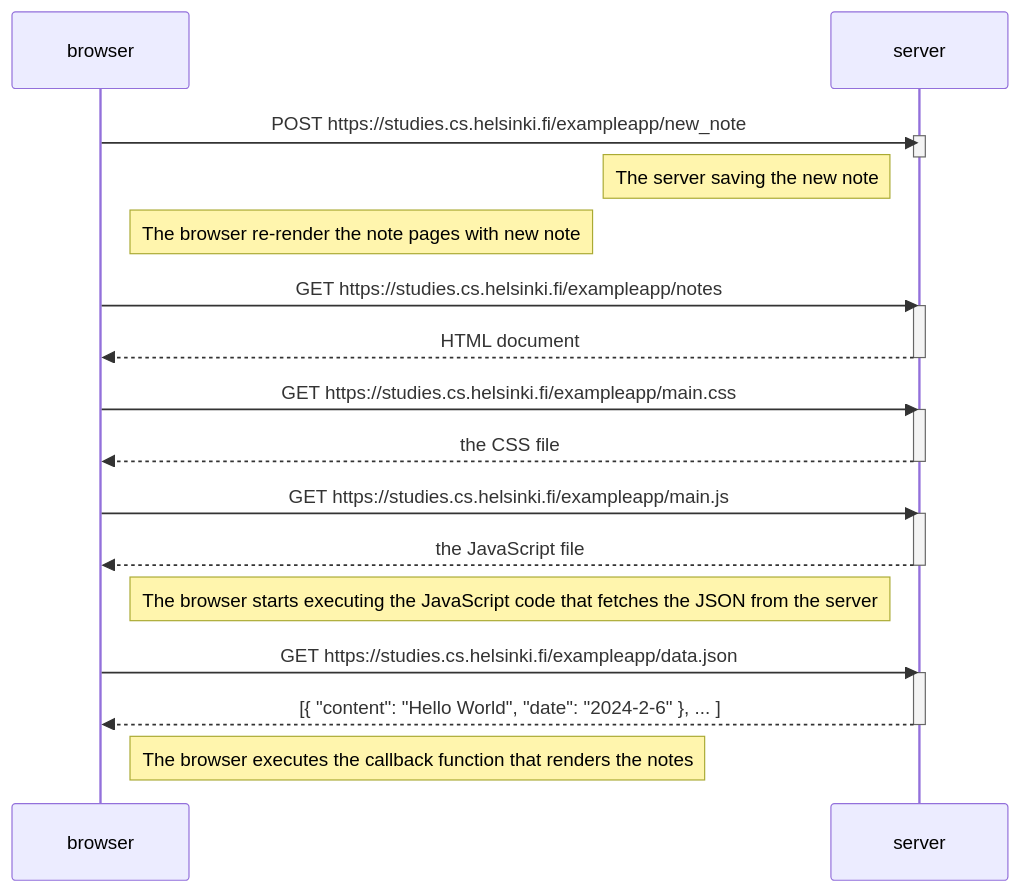
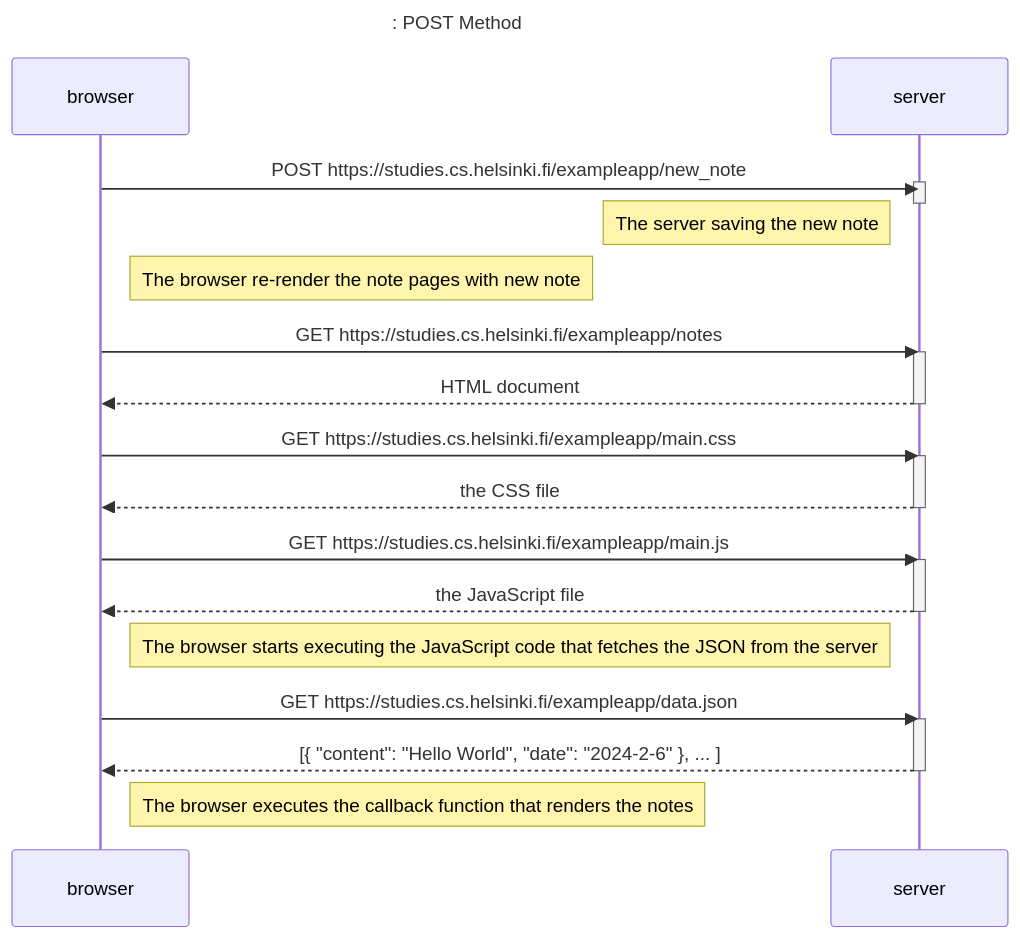
Before and after one commit to achmad-syidiq/fullstackopen2024: the diagram in part0/0.4.md, drawn with Mermaid.

Commit message:
revisi 0.4.md ke -1

````diff
--- a/part0/0.4.md
+++ b/part0/0.4.md
@@ -3,39 +3,39 @@
 ```mermaid
     sequenceDiagram
-       
+            Title : POST Method
             participant browser
             participant server
 
             browser->>server : POST https://studies.cs.helsinki.fi/exampleapp/new_note
             activate server
             deactivate server
             
             Note left of server: The server saving the new note
 
             Note right of browser: The browser re-render the note pages with new note
 
             
             browser->>server: GET https://studies.cs.helsinki.fi/exampleapp/notes
             activate server
             server-->>browser: HTML document
             deactivate server
 
             browser->>server: GET https://studies.cs.helsinki.fi/exampleapp/main.css
             activate server
             server-->>browser: the CSS file
             deactivate server
 
             browser->>server: GET https://studies.cs.helsinki.fi/exampleapp/main.js
             activate server
             server-->>browser: the JavaScript file
             deactivate server
 
             Note right of browser: The browser starts executing the JavaScript code that fetches the JSON from the server
 
             browser->>server: GET https://studies.cs.helsinki.fi/exampleapp/data.json
             activate server
             server-->>browser: [{ "content": "Hello World", "date": "2024-2-6" }, ... ]
             deactivate server
 
             Note right of browser: The browser executes the callback function that renders the notes
 ```
````
